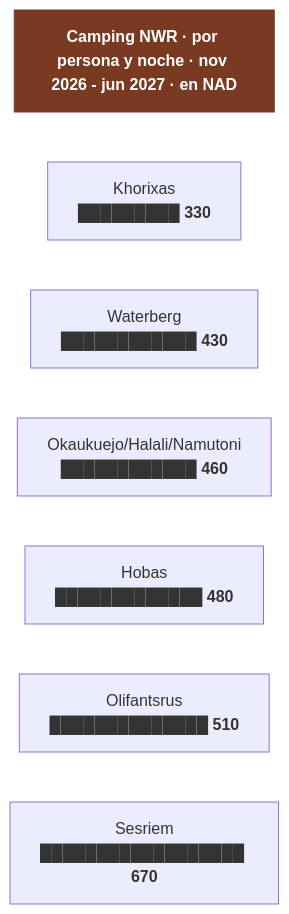
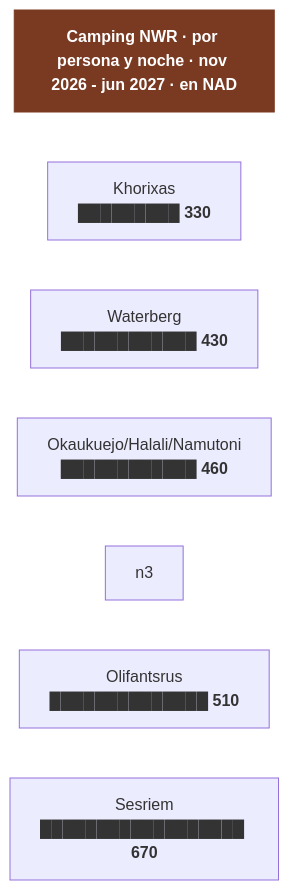
Before and after one commit to morandeirachema/namibia: the second of 4 diagrams in 03-alojamiento-y-tasas.md, drawn with Mermaid. The commit also changed other lines of this file and 15 other files, not shown here.

````diff
--- a/03-alojamiento-y-tasas.md
+++ b/03-alojamiento-y-tasas.md
@@ -53,17 +53,16 @@
 ```mermaid
 flowchart TD
     T["<b>Camping NWR · por persona y noche · nov 2026 - jun 2027 · en NAD</b>"]
     n0["Khorixas<br/>█████████ <b>330</b>"]
     n1["Waterberg<br/>████████████ <b>430</b>"]
     n2["Okaukuejo/Halali/Namutoni<br/>████████████ <b>460</b>"]
-    n3["Hobas<br/>█████████████ <b>480</b>"]
     n4["Olifantsrus<br/>██████████████ <b>510</b>"]
     n5["Sesriem<br/>██████████████████ <b>670</b>"]
     T ~~~ n0
     n0 ~~~ n1
     n1 ~~~ n2
     n2 ~~~ n3
     n3 ~~~ n4
     n4 ~~~ n5
     style T fill:#7a3a22,color:#fff,stroke:#7a3a22
 ```
````
